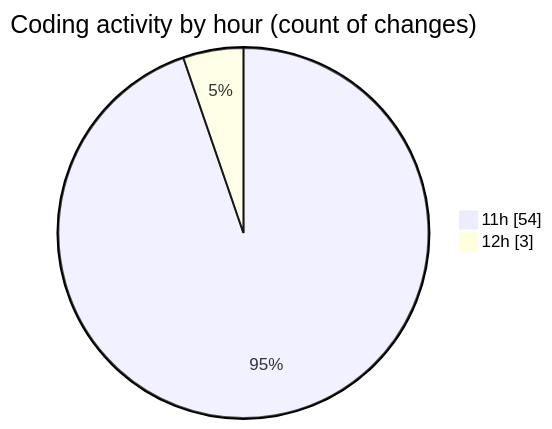
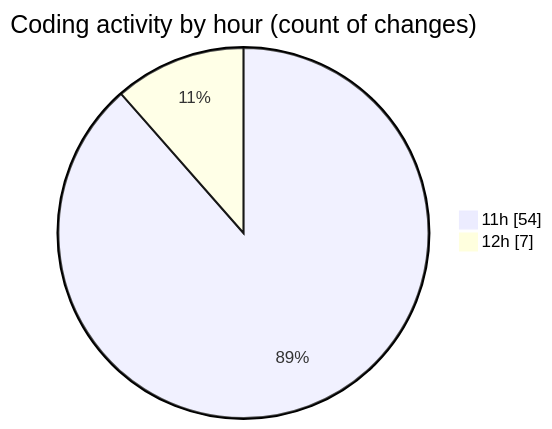
The second of 2 diagrams in 2025-03-17/audiobooks-web/README.md (robertbonfada/code-tracking), drawn with Mermaid before and after one commit. The commit also changed other lines of this file and 1 other file, not shown here.

````diff
--- a/2025-03-17/audiobooks-web/README.md
+++ b/2025-03-17/audiobooks-web/README.md
@@ -36,6 +36,6 @@
 ```mermaid
 pie showData
 title Coding activity by hour (count of changes)
 "11h" : 54
-"12h" : 3
+"12h" : 7
 ```
````
